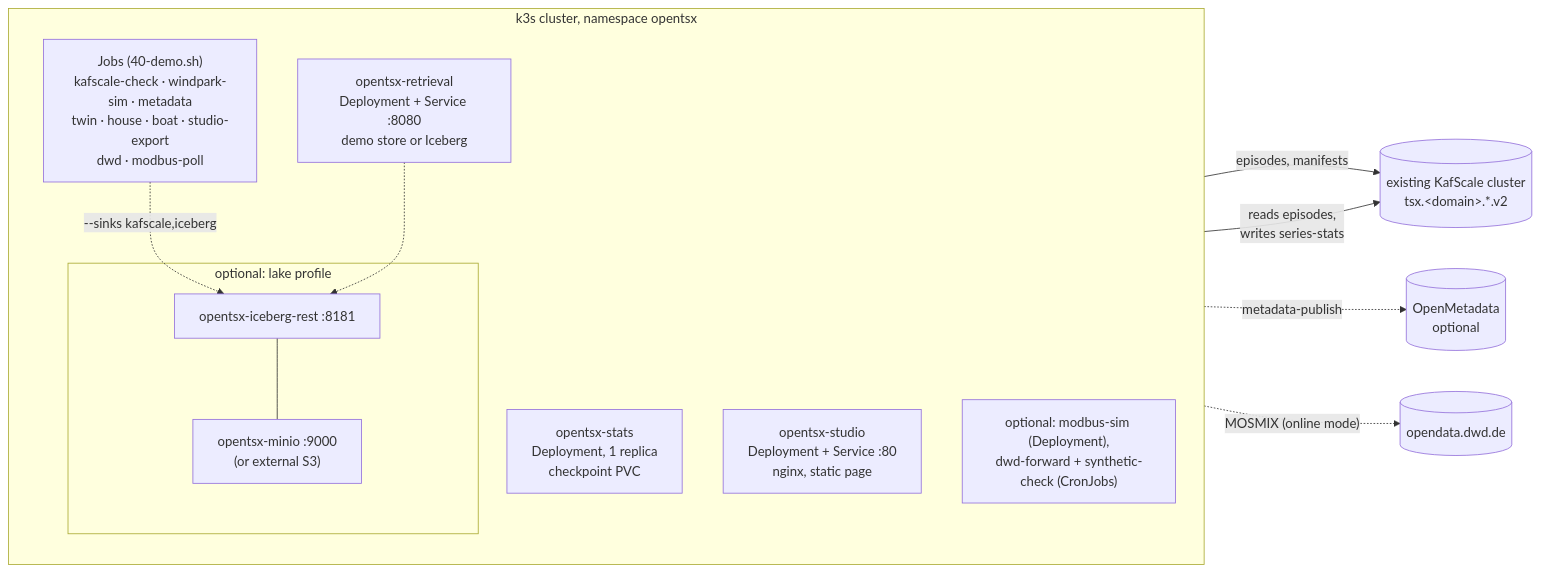
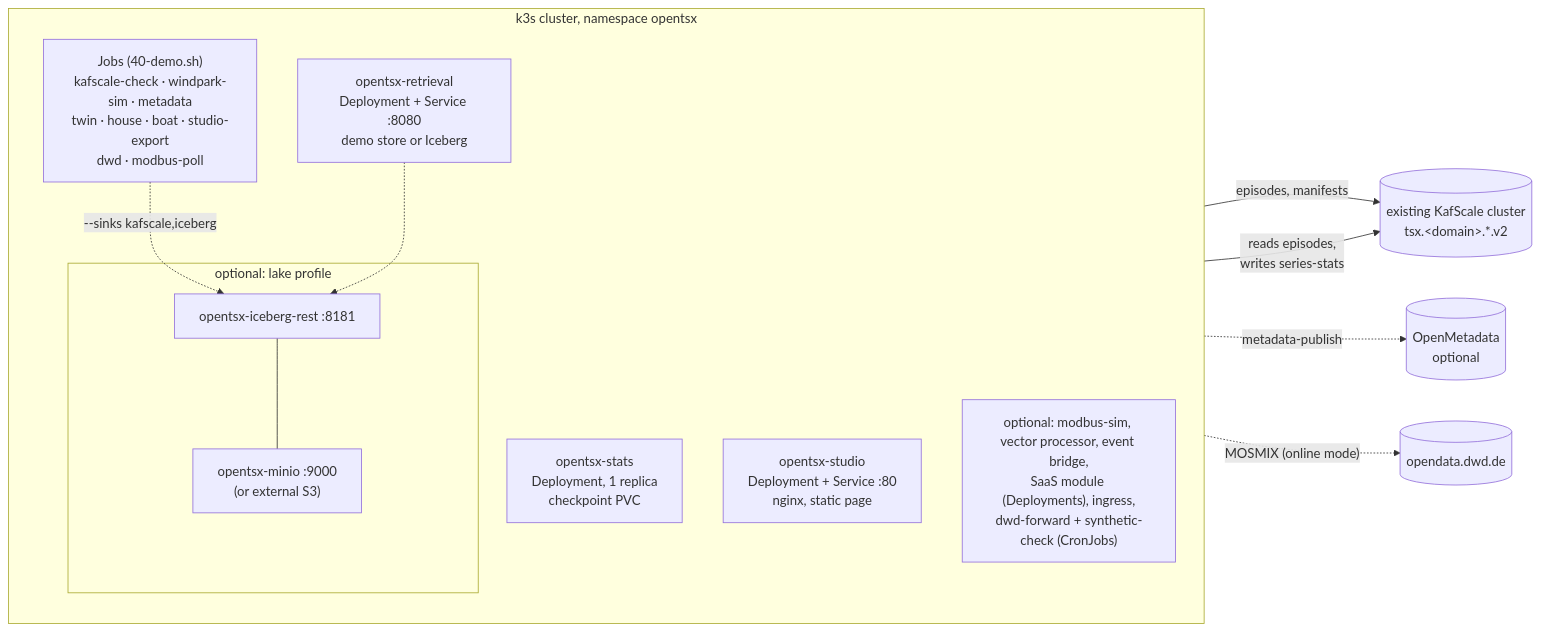
The diagram in docs/devops/README.md (kamir/OpenTSx), drawn with Mermaid before and after one commit. The commit also changed other lines of this file and 6 other files, not shown here.

````diff
--- a/docs/devops/README.md
+++ b/docs/devops/README.md
@@ -36,25 +36,25 @@
 ```mermaid
 flowchart LR
   subgraph K3S["k3s cluster, namespace opentsx"]
     direction TB
     STATS["opentsx-stats<br/>Deployment, 1 replica<br/>checkpoint PVC"]
     RET["opentsx-retrieval<br/>Deployment + Service :8080<br/>demo store or Iceberg"]
     STU["opentsx-studio<br/>Deployment + Service :80<br/>nginx, static page"]
     JOBS["Jobs (40-demo.sh)<br/>kafscale-check · windpark-sim · metadata<br/>twin · house · boat · studio-export<br/>dwd · modbus-poll"]
-    OPT["optional: modbus-sim (Deployment),<br/>dwd-forward + synthetic-check (CronJobs)"]
+    OPT["optional: modbus-sim, vector processor, event bridge,<br/>SaaS module (Deployments), ingress,<br/>dwd-forward + synthetic-check (CronJobs)"]
     subgraph LAKE["optional: lake profile"]
       IR["opentsx-iceberg-rest :8181"]
       MINIO["opentsx-minio :9000<br/>(or external S3)"]
     end
   end
   KS[("existing KafScale cluster<br/>tsx.&lt;domain&gt;.*.v2")]
   OM[("OpenMetadata<br/>optional")]
   JOBS -- "episodes, manifests" --> KS
   STATS -- "reads episodes,<br/>writes series-stats" --> KS
   JOBS -. "--sinks kafscale,iceberg" .-> IR
   RET -.-> IR
   IR --- MINIO
   JOBS -. "metadata-publish" .-> OM
   DWD[("opendata.dwd.de")]
   OPT -. "MOSMIX (online mode)" .-> DWD
 ```
````
